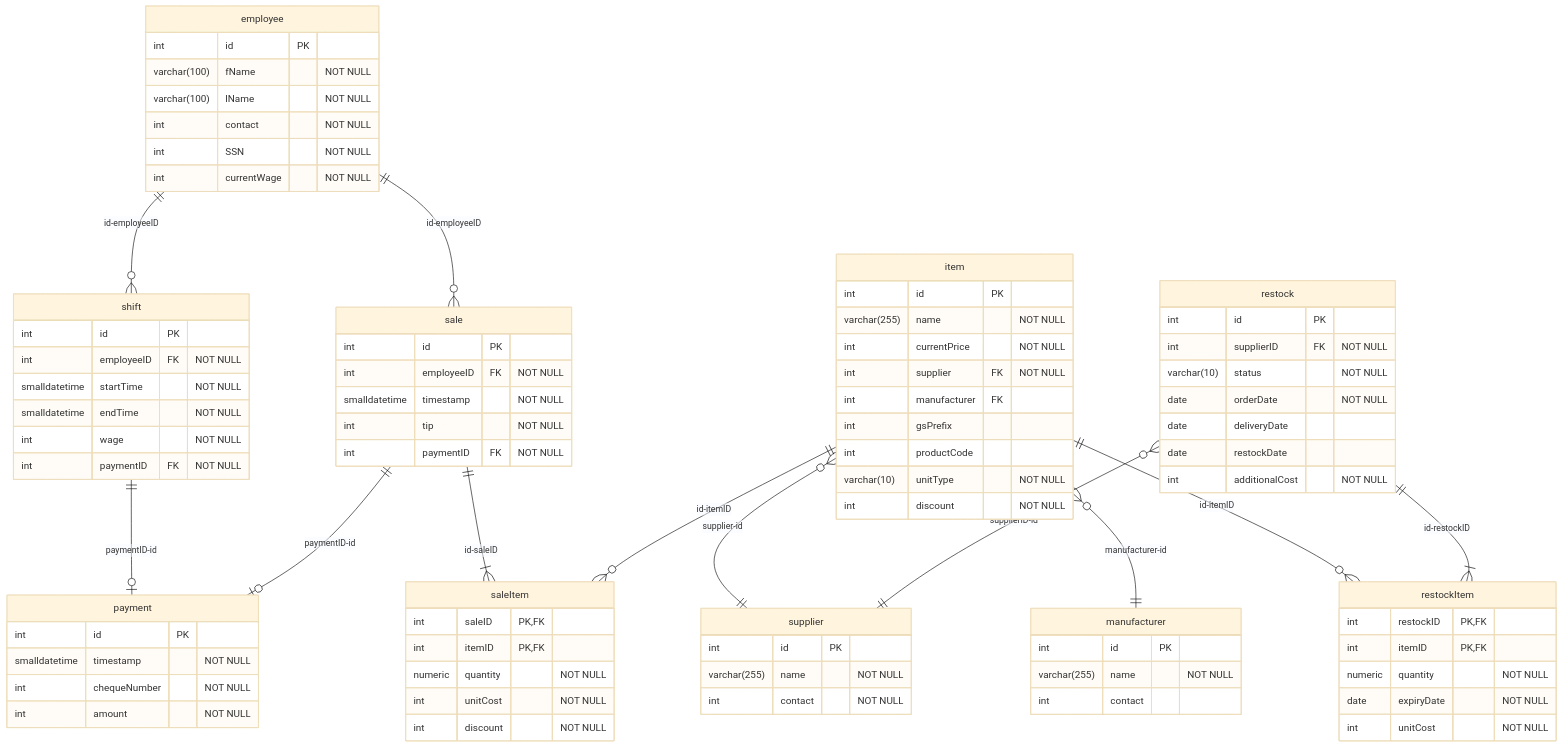
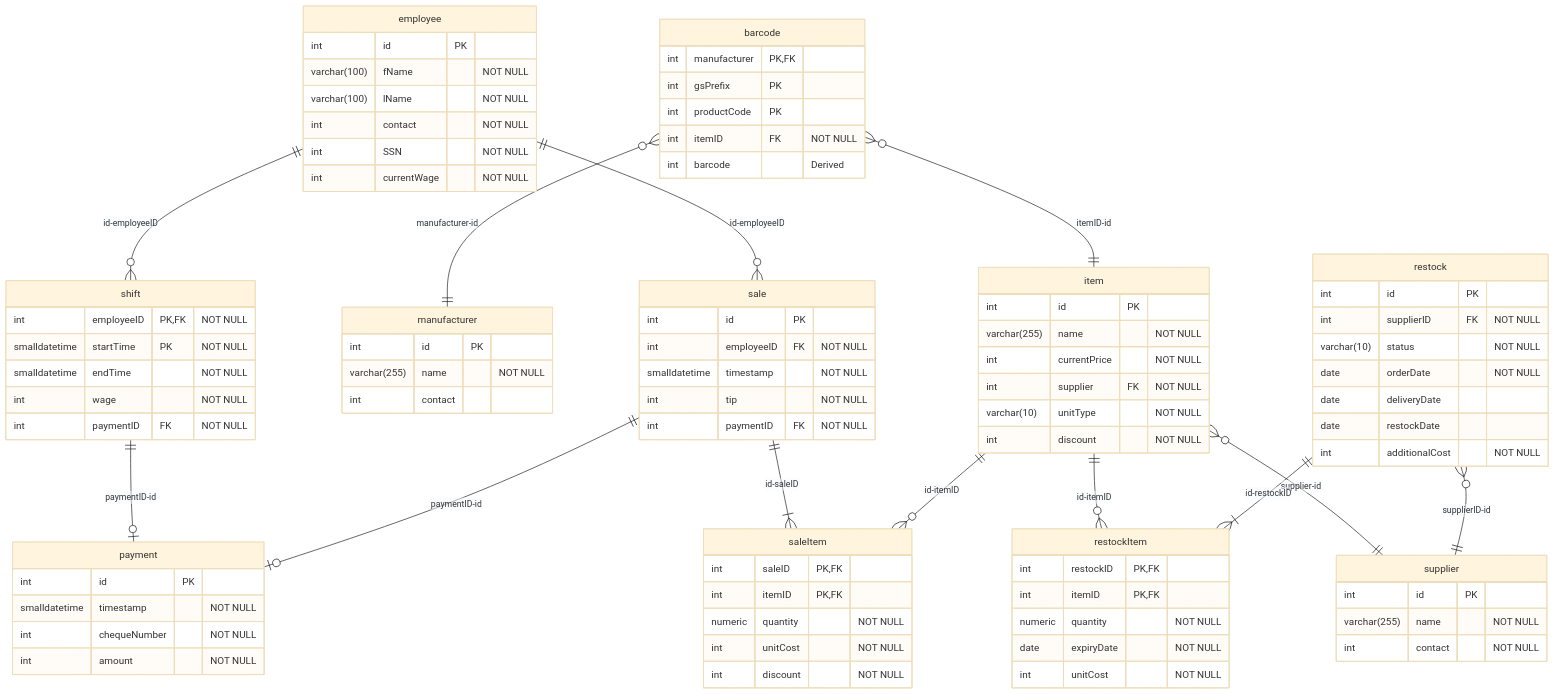
Before and after one commit to tnichols217/notes: the diagram in CSDS 341 - Intro to Databases/Project/ER Diagram.md, drawn with Mermaid (base theme). The commit also changed 1 other file, not shown here.

Commit message:
update er diagram

````diff
--- a/CSDS 341 - Intro to Databases/Project/ER Diagram.md
+++ b/CSDS 341 - Intro to Databases/Project/ER Diagram.md
@@ -1,13 +1,17 @@
 ```mermaid
 erDiagram
+	barcode {
+		int manufacturer PK, FK
+		int gsPrefix PK
+		int productCode PK
+		int itemID FK "NOT NULL"
+		int barcode "Derived"
+	}
 	item {
 		int id PK
 		varchar(255) name "NOT NULL"
 		int currentPrice "NOT NULL"
 		int supplier FK "NOT NULL"
-		int manufacturer FK
-		int gsPrefix
-		int productCode
 		varchar(10) unitType "NOT NULL"
 		int discount "NOT NULL"
 	}
@@ -37,9 +41,8 @@
 		int paymentID FK "NOT NULL"
 	}
 	shift {
-		int id PK
-		int employeeID FK "NOT NULL"
-		smalldatetime startTime "NOT NULL"
+		int employeeID PK,FK "NOT NULL"
+		smalldatetime startTime PK "NOT NULL"
 		smalldatetime endTime "NOT NULL"
 		int wage "NOT NULL"
 		int paymentID FK "NOT NULL"
@@ -73,8 +76,9 @@
 		date expiryDate "NOT NULL"
 		int unitCost "NOT NULL"
 	}
+	barcode }o--|| manufacturer : "manufacturer-id"
+	barcode }o--|| item : "itemID-id"
 	item }o--|| supplier : "supplier-id"
-	item }o--|| manufacturer : "manufacturer-id"
 	employee ||--o{ sale : "id-employeeID"
 	employee ||--o{ shift : "id-employeeID"
 	shift ||--o| payment : "paymentID-id"
````
